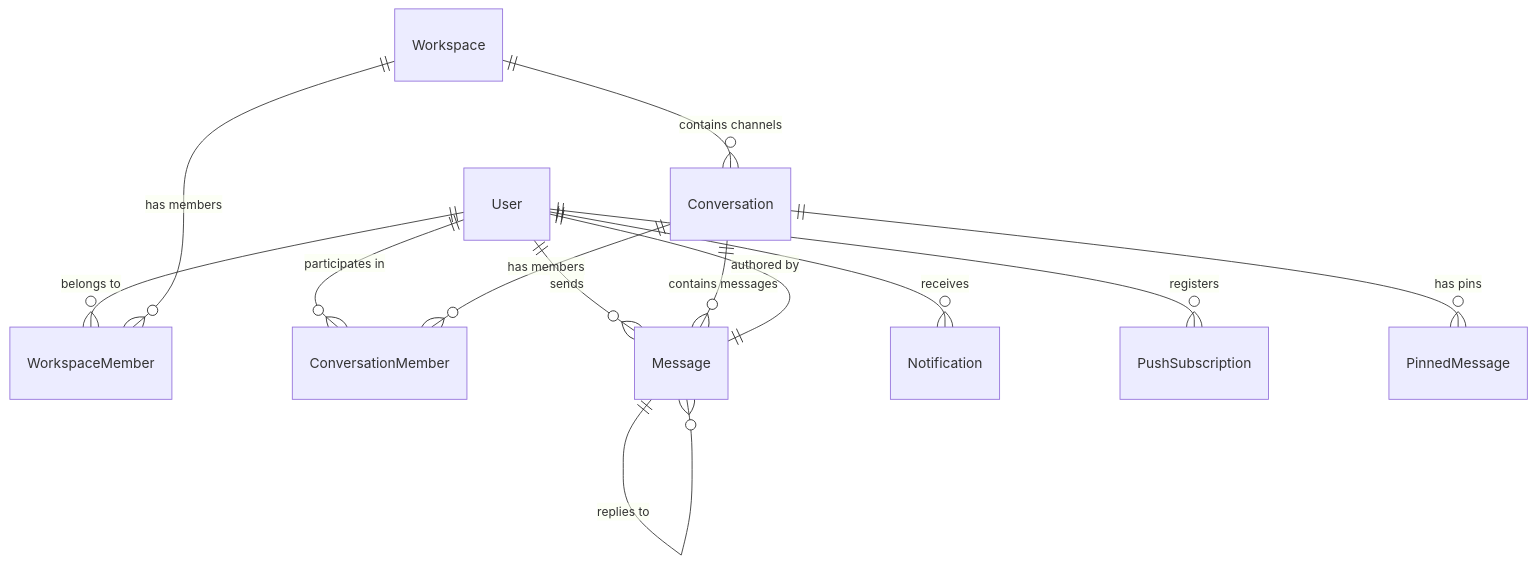
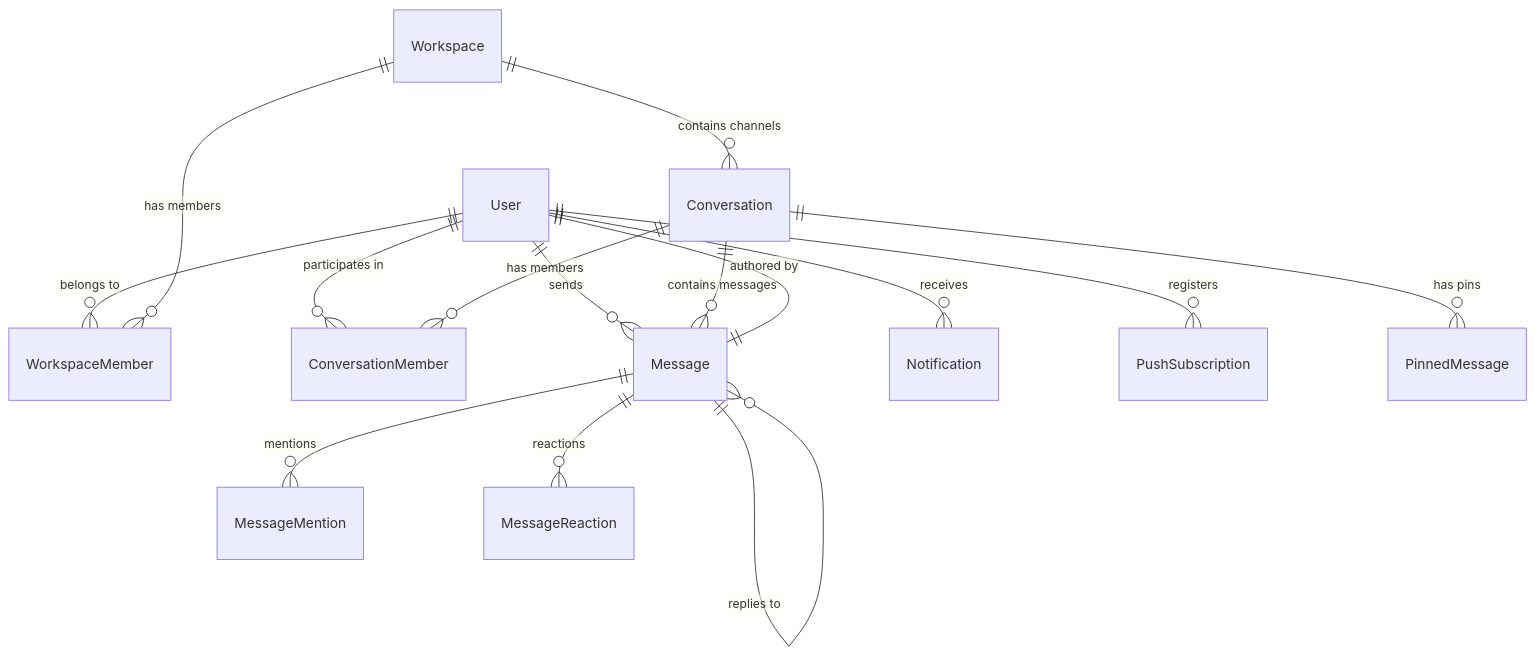
Before and after one commit to Kashyap-empiric/Nexus: the second of 3 diagrams in .docs/PROJECT_OVERVIEW.md, drawn with Mermaid. The commit also changed other lines of this file and 11 other files, not shown here.

````diff
--- a/.docs/PROJECT_OVERVIEW.md
+++ b/.docs/PROJECT_OVERVIEW.md
@@ -358,18 +359,20 @@
 ```mermaid
 erDiagram
     User ||--o{ WorkspaceMember : "belongs to"
     User ||--o{ ConversationMember : "participates in"
     User ||--o{ Message : "sends"
     User ||--o{ Notification : "receives"
     User ||--o{ PushSubscription : "registers"
     
     Workspace ||--o{ WorkspaceMember : "has members"
     Workspace ||--o{ Conversation : "contains channels"
     
     Conversation ||--o{ ConversationMember : "has members"
     Conversation ||--o{ Message : "contains messages"
     Conversation ||--o{ PinnedMessage : "has pins"
     
     Message ||--|| User : "authored by"
     Message ||--o{ Message : "replies to"
+    Message ||--o{ MessageMention : "mentions"
+    Message ||--o{ MessageReaction : "reactions"
 ```
````
